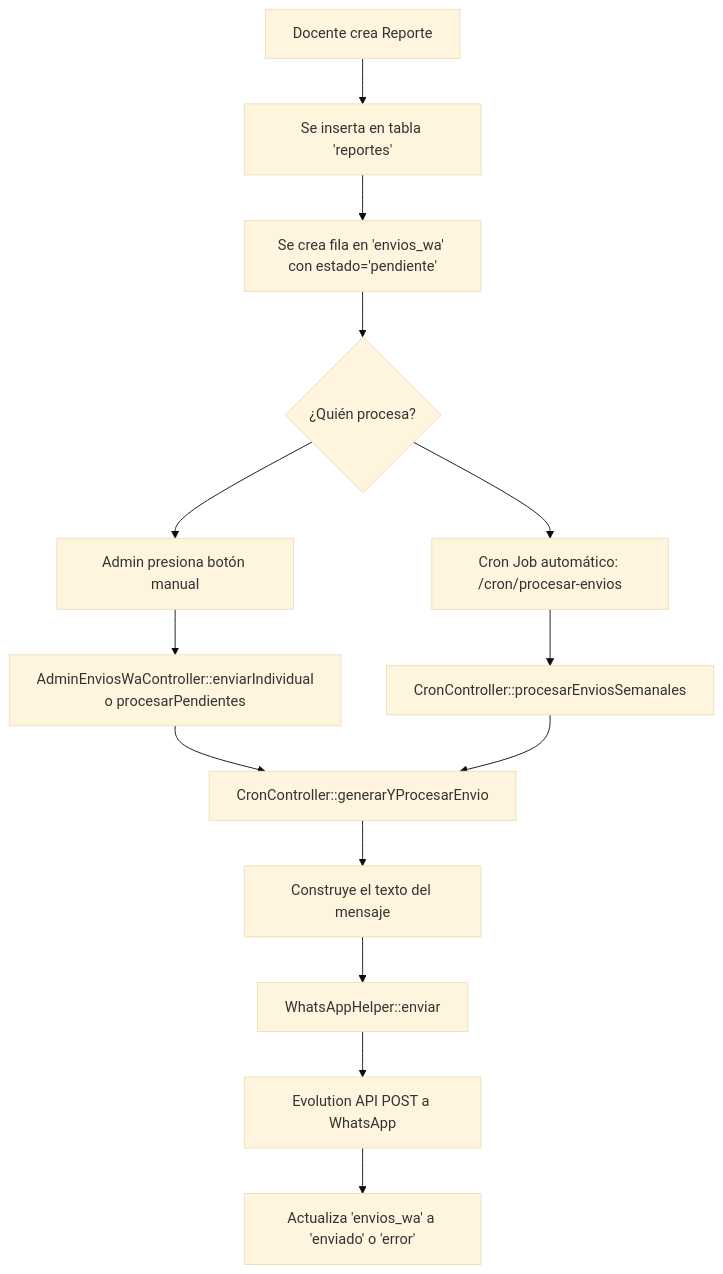
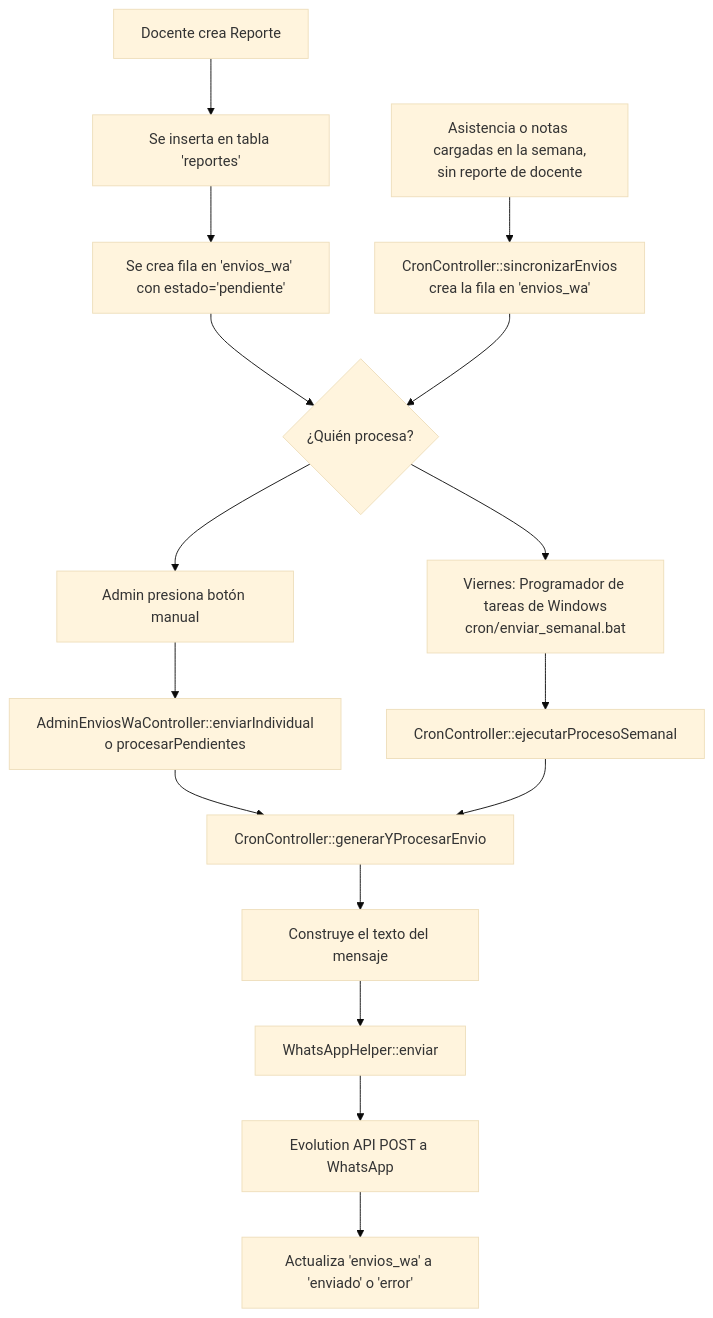
The diagram in edunexo_sistema.md (FabianTkk/edunexo), drawn with Mermaid (base theme) before and after one commit. The commit also changed other lines of this file and 14 other files, not shown here.

Commit message:
Logica 4-6: vista previa y retener envios, rectificacion en vez de reenvio, asistencia por materia

````diff
--- a/edunexo_sistema.md
+++ b/edunexo_sistema.md
@@ -112,16 +120,18 @@
 ```mermaid
 flowchart TD
     A[Docente crea Reporte] --> B[Se inserta en tabla 'reportes']
     B --> C[Se crea fila en 'envios_wa' con estado='pendiente']
+    A2[Asistencia o notas cargadas en la semana,\nsin reporte de docente] --> C2[CronController::sincronizarEnvios\ncrea la fila en 'envios_wa']
     C --> D{¿Quién procesa?}
+    C2 --> D
     D --> E[Admin presiona botón manual]
-    D --> F[Cron Job automático: /cron/procesar-envios]
+    D --> F[Viernes: Programador de tareas de Windows\ncron/enviar_semanal.bat]
     E --> G[AdminEnviosWaController::enviarIndividual\no procesarPendientes]
-    F --> H[CronController::procesarEnviosSemanales]
+    F --> H[CronController::ejecutarProcesoSemanal]
     G --> I[CronController::generarYProcesarEnvio]
     H --> I
     I --> J[Construye el texto del mensaje]
     J --> K[WhatsAppHelper::enviar]
     K --> L[Evolution API POST a WhatsApp]
     L --> M[Actualiza 'envios_wa' a 'enviado' o 'error']
 ```
````
